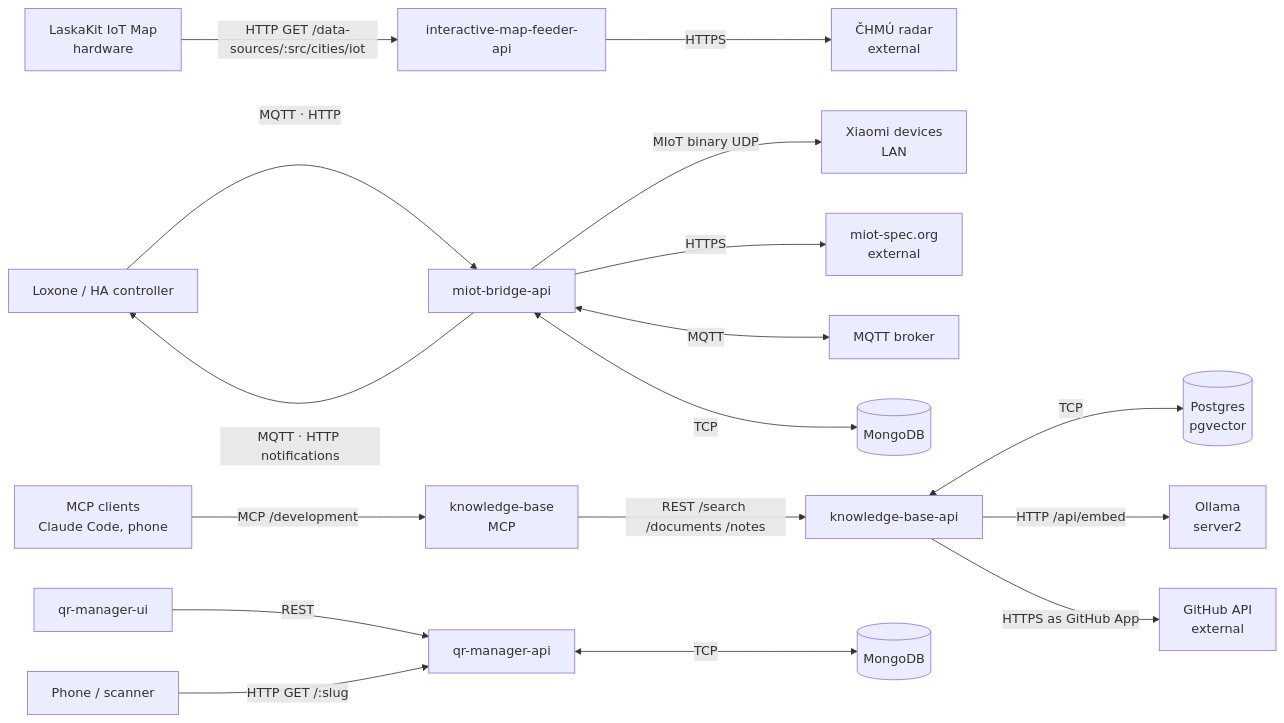
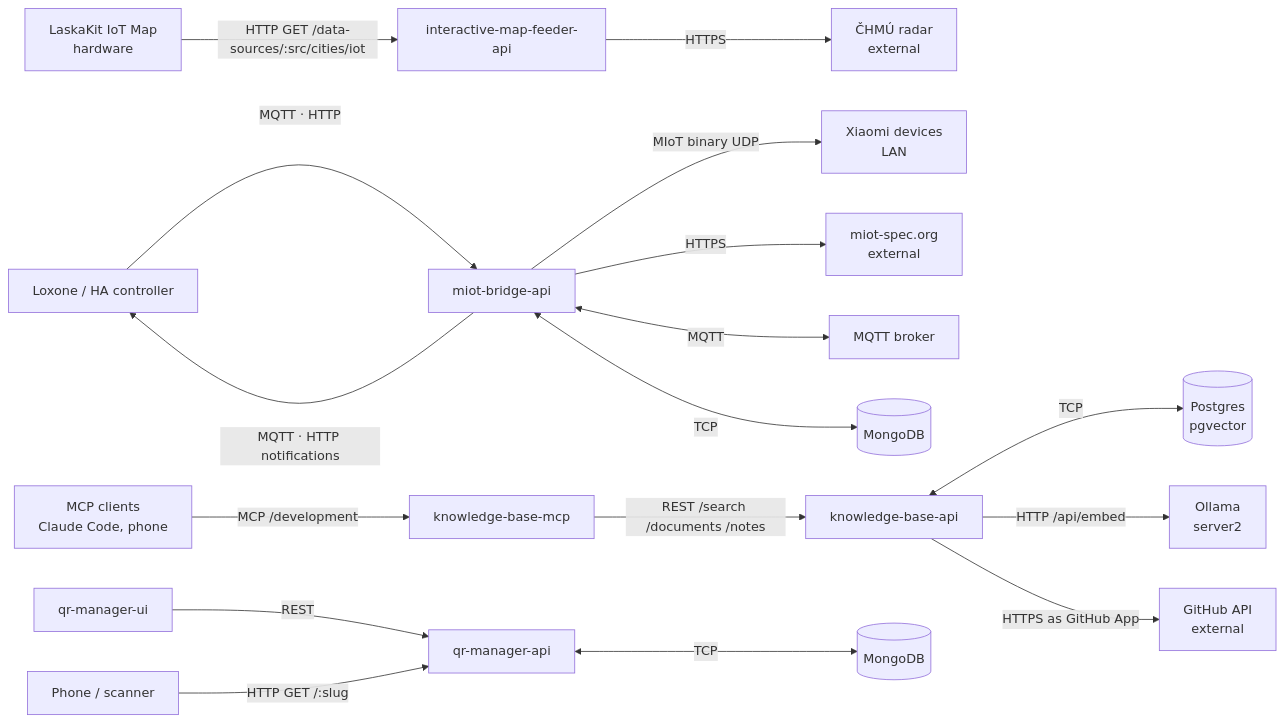
One commit to radoslavirha/homelab-apps changed the diagram in docs/KNOWLEDGE.md. Above: the diagram before and after it, drawn with Mermaid. The commit also changed other lines of this file and 107 other files, not shown here.

First line of the commit message:
refactor(knowledge-base-mcp): rename the MCP server from knowledge-base

````diff
--- a/docs/KNOWLEDGE.md
+++ b/docs/KNOWLEDGE.md
@@ -167,22 +167,22 @@
 ```mermaid
 graph LR
     LaskaKit["LaskaKit IoT Map\nhardware"] -->|HTTP GET /data-sources/:src/cities/iot| IMA["interactive-map-feeder-api"]
     IMA -->|HTTPS| CHMI["ČHMÚ radar\nexternal"]
 
     HA["Loxone / HA controller"] -->|MQTT · HTTP| MBA["miot-bridge-api"]
     MBA -->|MIoT binary UDP| Xiaomi["Xiaomi devices\nLAN"]
     MBA -->|HTTPS| MiotSpec["miot-spec.org\nexternal"]
     MBA <-->|MQTT| MQTTBroker["MQTT broker"]
     MBA <-->|TCP| MongoDB1[("MongoDB")]
     MBA -->|MQTT · HTTP notifications| HA
 
-    Clients["MCP clients\nClaude Code, phone"] -->|MCP /development| KBM["knowledge-base\nMCP"]
+    Clients["MCP clients\nClaude Code, phone"] -->|MCP /development| KBM["knowledge-base-mcp"]
     KBM -->|REST /search /documents /notes| KBA["knowledge-base-api"]
     KBA <-->|TCP| Postgres[("Postgres\npgvector")]
     KBA -->|HTTP /api/embed| Ollama["Ollama\nserver2"]
     KBA -->|HTTPS as GitHub App| GitHub["GitHub API\nexternal"]
 
     QRU["qr-manager-ui"] -->|REST| QRA["qr-manager-api"]
     Phone["Phone / scanner"] -->|HTTP GET /:slug| QRA
     QRA <-->|TCP| MongoDB2[("MongoDB")]
 ```
````
